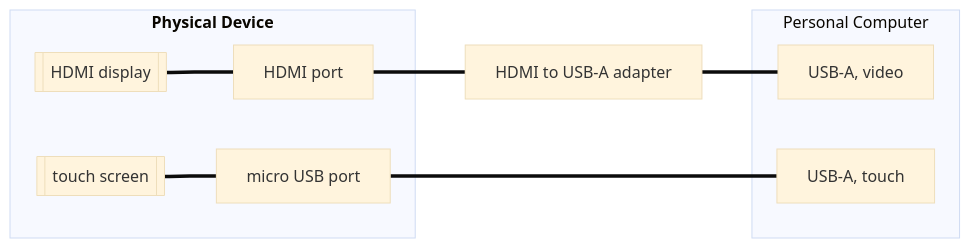
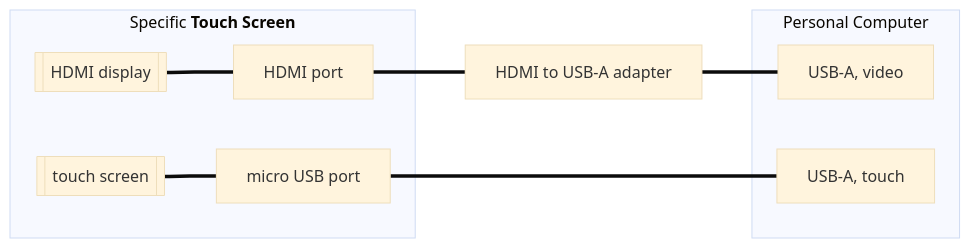
The sixth of 7 diagrams in README.md (mslonik/Otagle), drawn with Mermaid (base theme) before and after one commit. The commit also changed other lines of this file, not shown here.

````diff
--- a/README.md
+++ b/README.md
@@ -36,23 +106,23 @@
 ```mermaid
 flowchart LR
-	subgraph pd["`**Physical Device**`"]
+	subgraph pd["`Specific **Touch Screen**`"]
 		display[["HDMI display"]]
 		TS[["touch screen"]]
 		hport["HDMI port"]
 		tsport["micro USB port"]
 
 		display === hport
 		TS 		=== tsport
 	end
 	
 	subgraph pc["Personal Computer"]
 		vp["USB-A, video"]
 		tp["USB-A, touch"]
 	end
 	
 	hvc["HDMI to USB-A adapter"]
 
 	hport 	=== hvc
 	hvc 	=== vp
 	tsport 	=== tp
 ```
````
